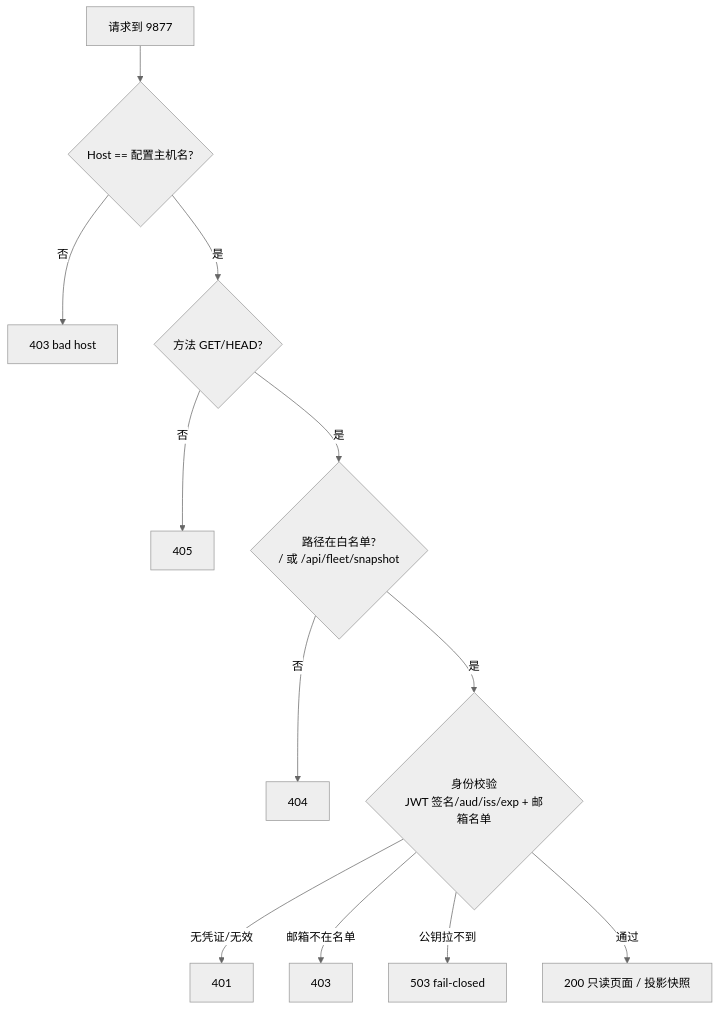
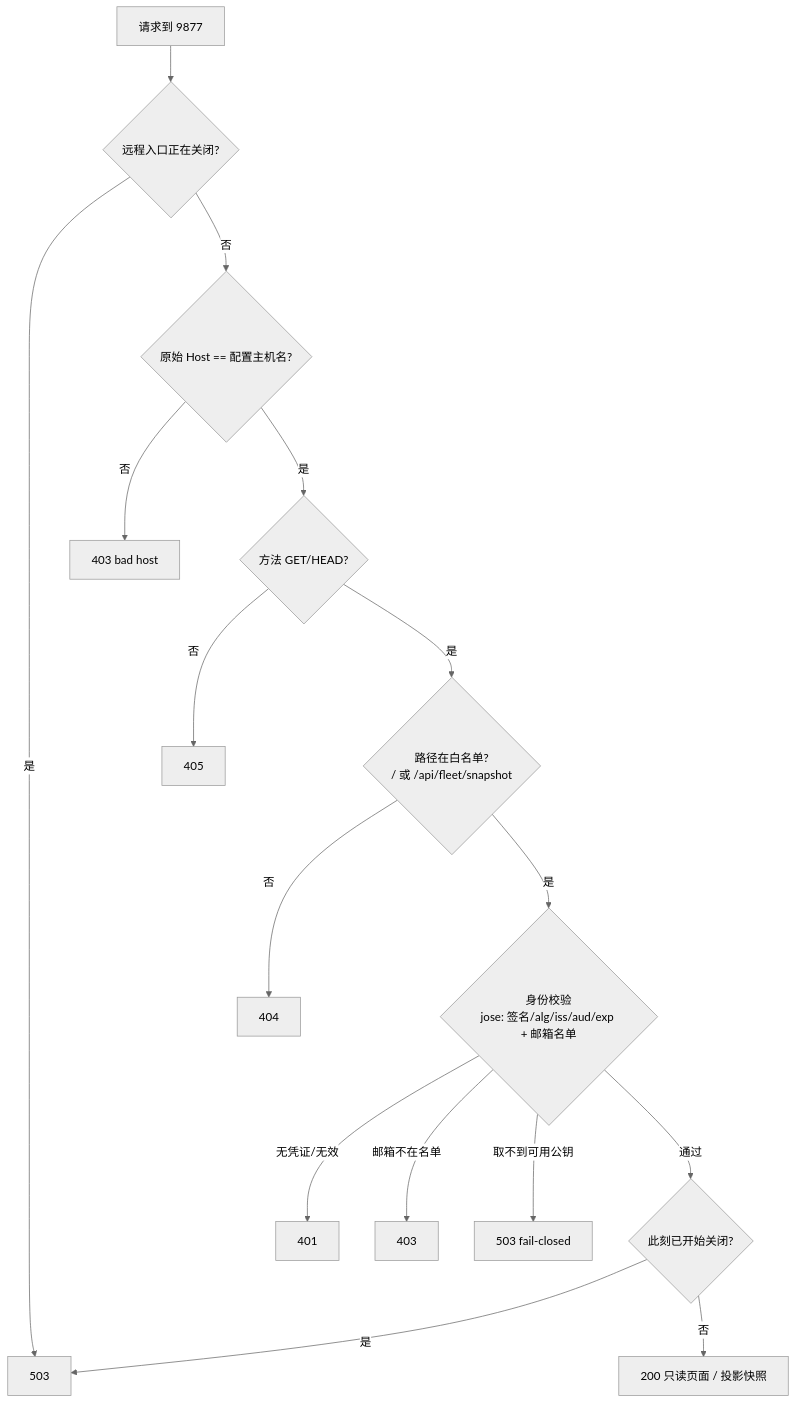
Before and after one commit to xrliAnnie/flywheel-qa-sandbox: the second of 2 diagrams in engineering/doc/FLY-3136-remote-readonly-console/plan.md, drawn with Mermaid (neutral theme). The commit also changed other lines of this file and 1 other file, not shown here.

````diff
--- a/engineering/doc/FLY-3136-remote-readonly-console/plan.md
+++ b/engineering/doc/FLY-3136-remote-readonly-console/plan.md
@@ -30,14 +32,18 @@
 ```mermaid
 flowchart TD
-  A[请求到 9877] --> H{Host == 配置主机名?}
+  A[请求到 9877] --> C{远程入口正在关闭?}
+  C -- 是 --> X0[503]
+  C -- 否 --> H{原始 Host == 配置主机名?}
   H -- 否 --> X1[403 bad host]
   H -- 是 --> M{方法 GET/HEAD?}
   M -- 否 --> X2[405]
   M -- 是 --> P{路径在白名单?<br/>/ 或 /api/fleet/snapshot}
   P -- 否 --> X3[404]
-  P -- 是 --> I{身份校验<br/>JWT 签名/aud/iss/exp + 邮箱名单}
+  P -- 是 --> I{身份校验<br/>jose: 签名/alg/iss/aud/exp + 邮箱名单}
   I -- 无凭证/无效 --> X4[401]
   I -- 邮箱不在名单 --> X5[403]
-  I -- 公钥拉不到 --> X6[503 fail-closed]
-  I -- 通过 --> OK[200 只读页面 / 投影快照]
+  I -- 取不到可用公钥 --> X6[503 fail-closed]
+  I -- 通过 --> C2{此刻已开始关闭?}
+  C2 -- 是 --> X0
+  C2 -- 否 --> OK[200 只读页面 / 投影快照]
 ```
````
